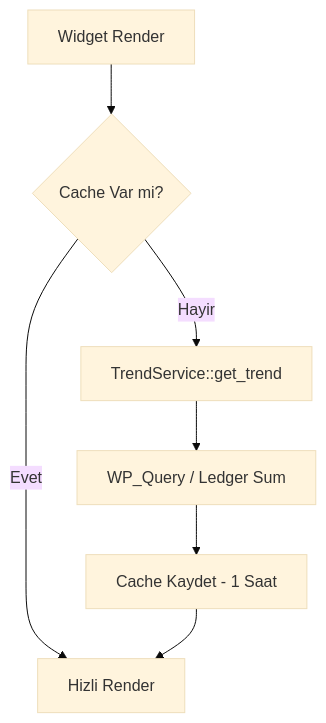
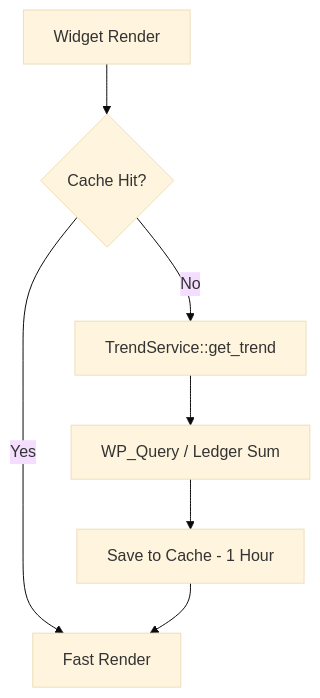
One commit to MaxHandMade/mhm-rentiva-docs changed the diagram in docs/04-developer/ui-components/dashboard-widgets.md. Above: the diagram before and after it, drawn with Mermaid (base theme). The commit also changed other lines of this file and 347 other files, not shown here.

````diff
--- a/docs/04-developer/ui-components/dashboard-widgets.md
+++ b/docs/04-developer/ui-components/dashboard-widgets.md
@@ -121,9 +121,9 @@
 ```mermaid
 graph TD
-    A[Widget Render] --> B{Cache Var mi?}
-    B -- Evet --> C[Hizli Render]
-    B -- Hayir --> D[TrendService::get_trend]
+    A[Widget Render] --> B{Cache Hit?}
+    B -- Yes --> C[Fast Render]
+    B -- No --> D[TrendService::get_trend]
     D --> E[WP_Query / Ledger Sum]
-    E --> F[Cache Kaydet - 1 Saat]
+    E --> F[Save to Cache - 1 Hour]
     F --> C
 ```
````
